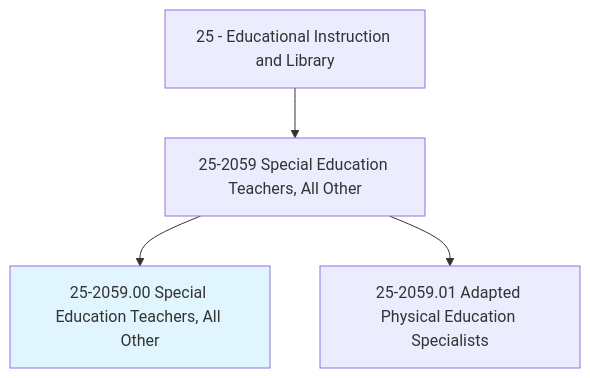
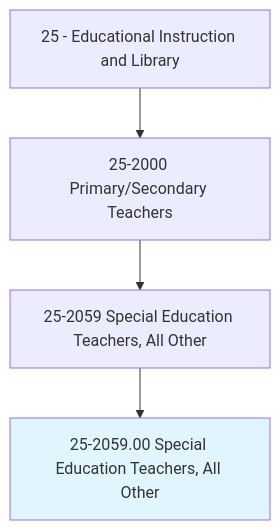
One commit to kziemski/business.org.ai changed the first of 4 diagrams in occupations/Education/SpecialEducationTeachers.mdx. Above: the diagram before and after it, drawn with Mermaid. The commit also changed other lines of this file and 938 other files, not shown here.

````diff
--- a/occupations/Education/SpecialEducationTeachers.mdx
+++ b/occupations/Education/SpecialEducationTeachers.mdx
@@ -19,7 +23,7 @@
 ```mermaid
 graph TD
-    Cat25["25 - Educational Instruction and Library"] --> Group252059["25-2059 Special Education Teachers, All Other"]
+    Cat25["25 - Educational Instruction and Library"] --> Group252["25-2000 Primary/Secondary Teachers"]
+    Group252 --> Group252059["25-2059 Special Education Teachers, All Other"]
     Group252059 --> Current["25-2059.00 Special Education Teachers, All Other"]
     style Current fill:#e1f5fe
-    Group252059 --> V25205901["25-2059.01 Adapted Physical Education Specialists"]
 ```
````
